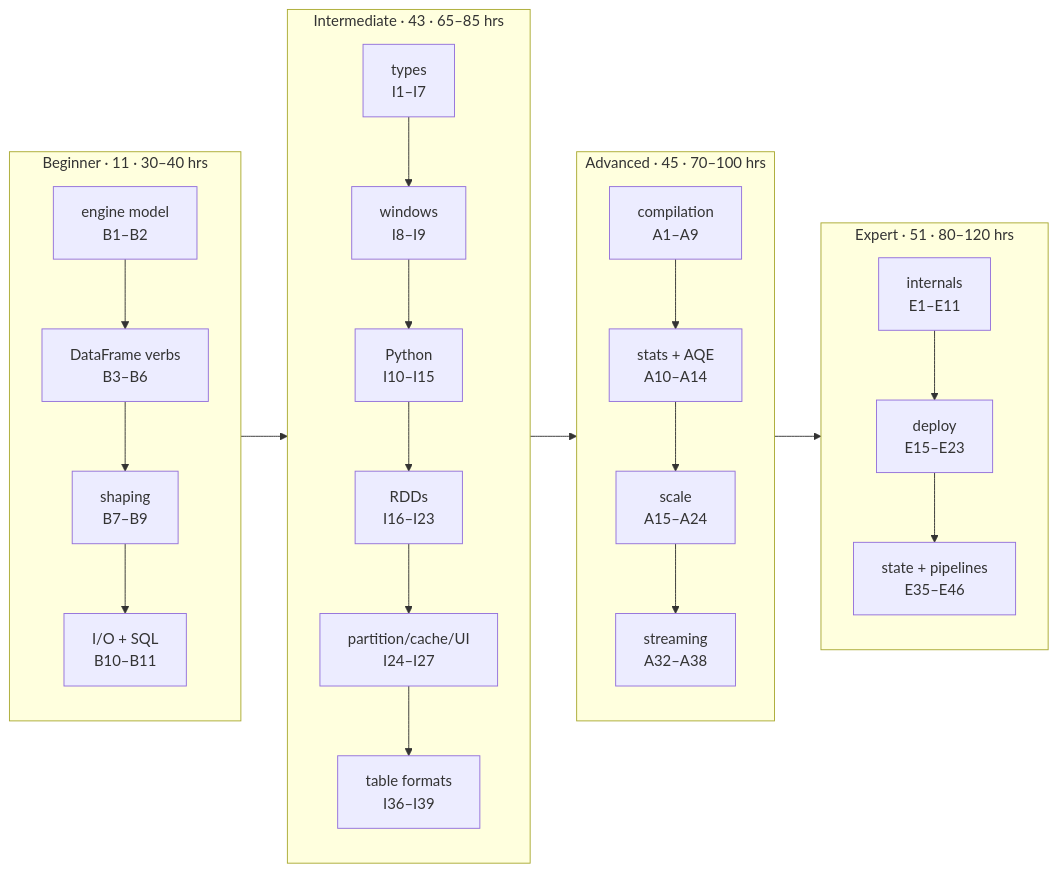
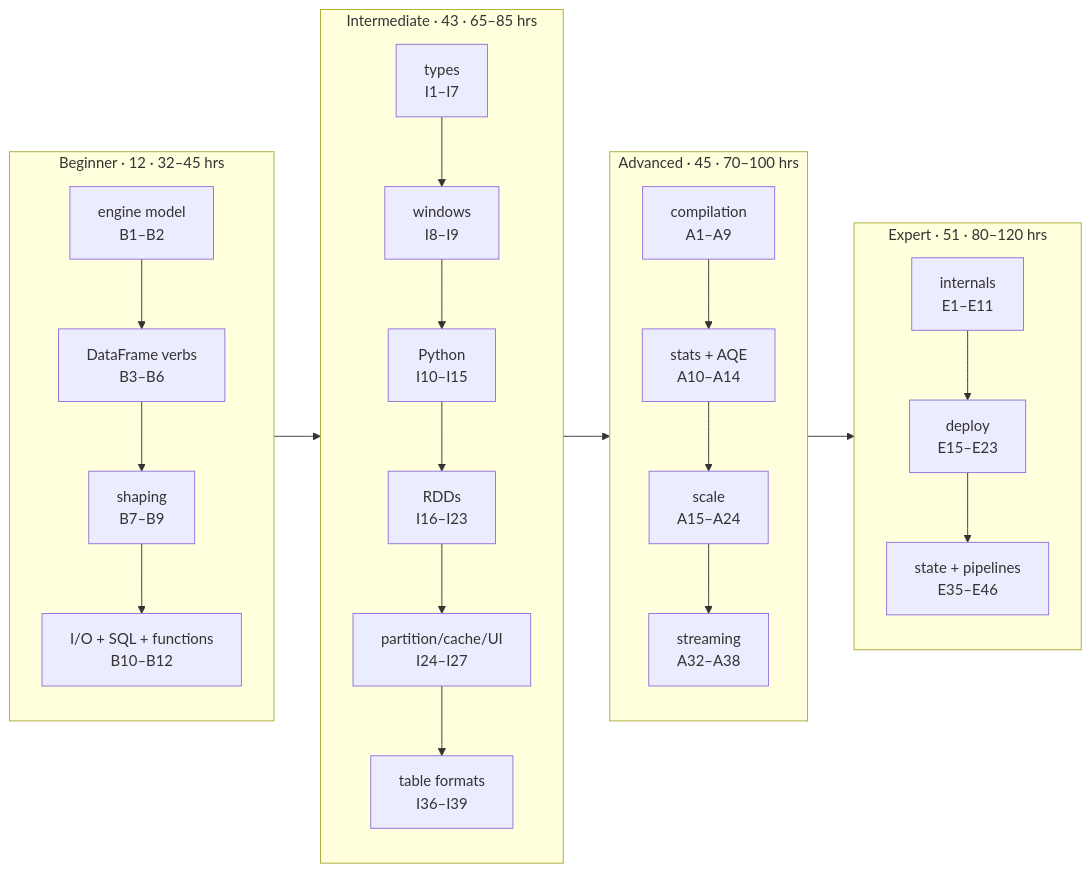
One commit to arindamchoudhury/spark-gyan changed the second of 2 diagrams in docs/learning-path-v2.md. Above: the diagram before and after it, drawn with Mermaid. The commit also changed other lines of this file, not shown here.

````diff
--- a/docs/learning-path-v2.md
+++ b/docs/learning-path-v2.md
@@ -2212,16 +2234,16 @@
 ```mermaid
 flowchart LR
-    subgraph BEG["Beginner · 11 · 30–40 hrs"]
-      B1["engine model<br/>B1–B2"] --> B2["DataFrame verbs<br/>B3–B6"] --> B3["shaping<br/>B7–B9"] --> B4["I/O + SQL<br/>B10–B11"]
+    subgraph BEG["Beginner · 12 · 32–45 hrs"]
+      B1["engine model<br/>B1–B2"] --> B2["DataFrame verbs<br/>B3–B6"] --> B3["shaping<br/>B7–B9"] --> B4["I/O + SQL + functions<br/>B10–B12"]
     end
     subgraph INT["Intermediate · 43 · 65–85 hrs"]
       I1["types<br/>I1–I7"] --> I2["windows<br/>I8–I9"] --> I3["Python<br/>I10–I15"] --> I4["RDDs<br/>I16–I23"] --> I5["partition/cache/UI<br/>I24–I27"] --> I6["table formats<br/>I36–I39"]
     end
     subgraph ADV["Advanced · 45 · 70–100 hrs"]
       A1["compilation<br/>A1–A9"] --> A2["stats + AQE<br/>A10–A14"] --> A3["scale<br/>A15–A24"] --> A4["streaming<br/>A32–A38"]
     end
     subgraph EXP["Expert · 51 · 80–120 hrs"]
       E1["internals<br/>E1–E11"] --> E2["deploy<br/>E15–E23"] --> E3["state + pipelines<br/>E35–E46"]
     end
     BEG --> INT --> ADV --> EXP
 ```
````
